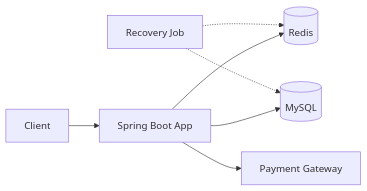
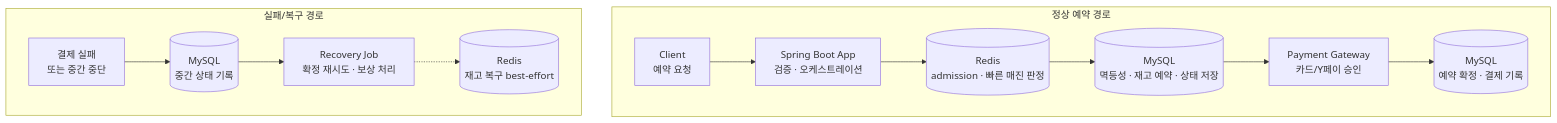
Before and after one commit to sylee6529/stay-booking: the first of 3 diagrams in README.md, drawn with Mermaid. The commit also changed other lines of this file, not shown here.

Commit message:
docs: document code architecture

````diff
--- a/README.md
+++ b/README.md
@@ -29,9 +29,16 @@
 ```mermaid
-flowchart LR
-    Client[Client] --> App[Spring Boot App]
-    App --> Redis[(Redis)]
-    App --> MySQL[(MySQL)]
-    App --> PG[Payment Gateway]
-    Recovery[Recovery Job] -.-> MySQL
-    Recovery -.-> Redis
+flowchart TB
+    subgraph Normal[정상 예약 경로]
+        Client[Client<br/>예약 요청] --> App[Spring Boot App<br/>검증 · 오케스트레이션]
+        App --> Redis[(Redis<br/>admission · 빠른 매진 판정)]
+        Redis --> MySQL[(MySQL<br/>멱등성 · 재고 예약 · 상태 저장)]
+        MySQL --> PG[Payment Gateway<br/>카드/Y페이 승인]
+        PG --> Confirm[(MySQL<br/>예약 확정 · 결제 기록)]
+    end
+
+    subgraph RecoveryFlow[실패/복구 경로]
+        Stopped[결제 실패<br/>또는 중간 중단] --> State[(MySQL<br/>중간 상태 기록)]
+        State --> Recovery[Recovery Job<br/>확정 재시도 · 보상 처리]
+        Recovery -.-> RedisRestore[(Redis<br/>재고 복구 best-effort)]
+    end
 ```
````
